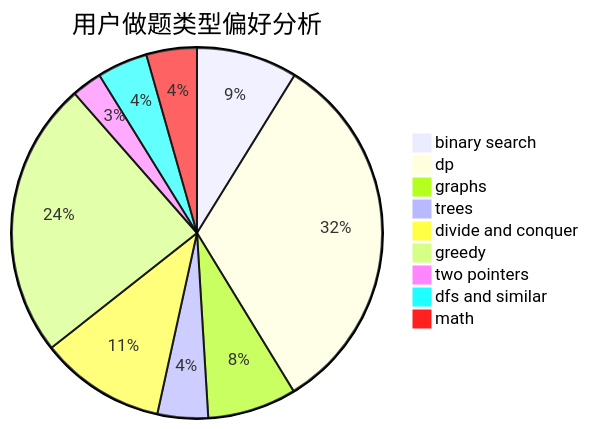
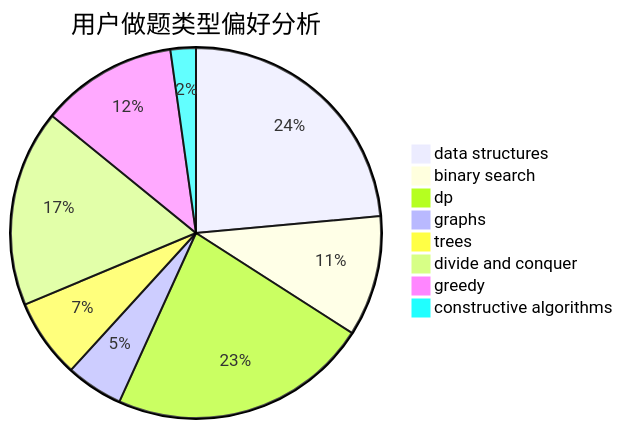
The second of 3 diagrams in docs/user/u31.md (sherpahu/cfrs.github.io), drawn with Mermaid before and after one commit. The commit also changed other lines of this file and 2775 other files, not shown here.

````diff
--- a/docs/user/u31.md
+++ b/docs/user/u31.md
@@ -23,12 +23,11 @@
 ```mermaid
 pie title 用户做题类型偏好分析
-    "binary search" :  50
-    "dp" :  184
-    "graphs" :  44
+    "data structures" :  85
+    "binary search" :  38
+    "dp" :  82
+    "graphs" :  18
     "trees" :  25
     "divide and conquer" :  62
-    "greedy" :  137
-    "two pointers" :  15
-    "dfs and similar" :  25
-    "math" :  25
+    "greedy" :  43
+    "constructive algorithms" :  8
 ```
````
